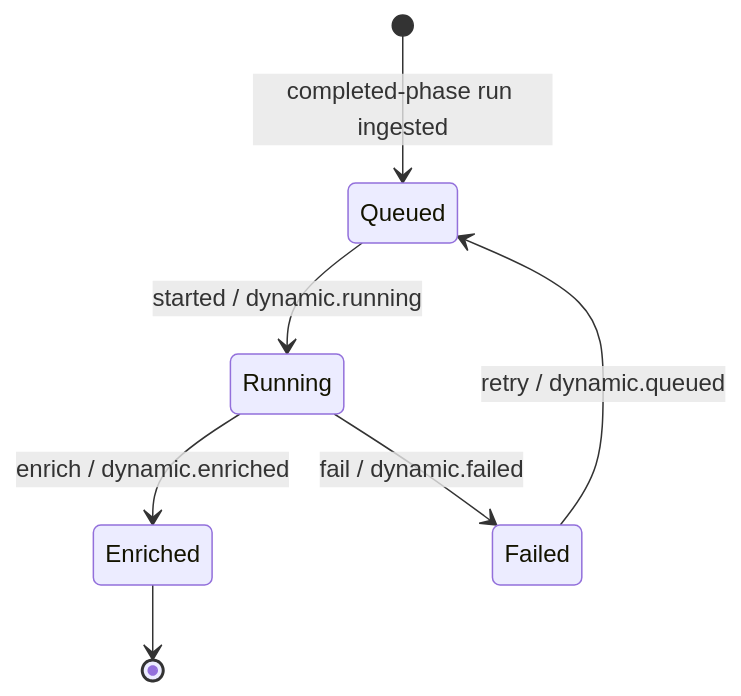
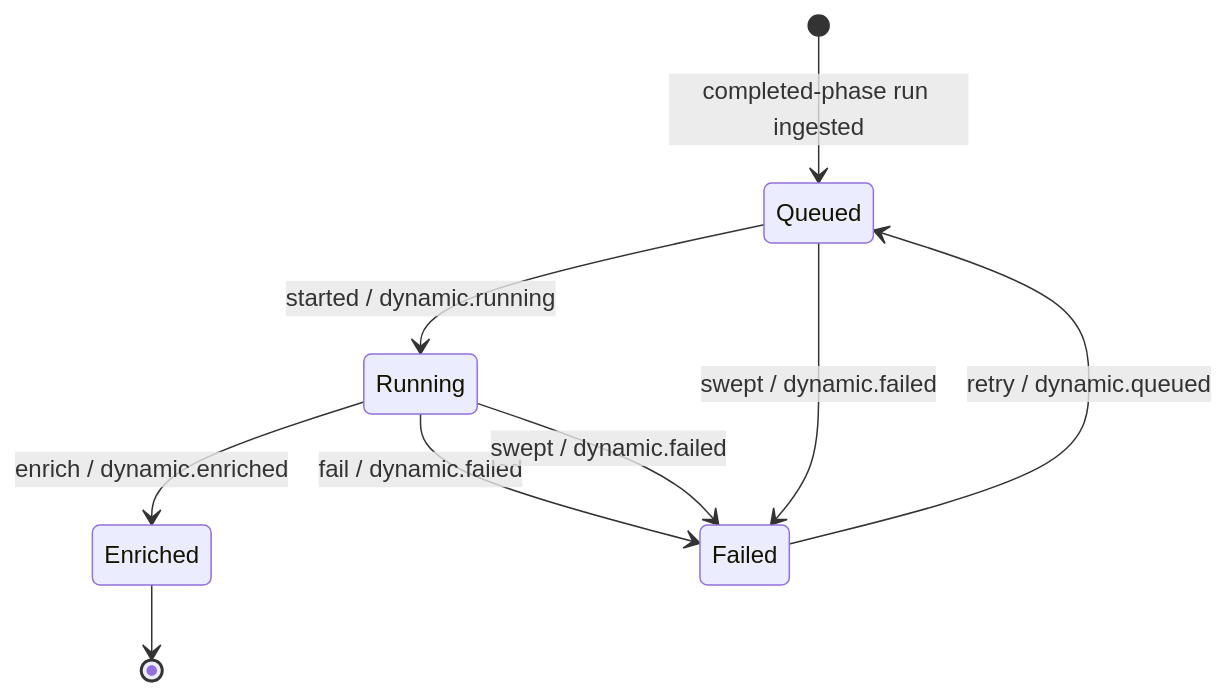
One commit to TheoGoudout/greensecops changed the sixth of 7 diagrams in docs/state-machines.md. Above: the diagram before and after it, drawn with Mermaid. The commit also changed other lines of this file, not shown here.

````diff
--- a/docs/state-machines.md
+++ b/docs/state-machines.md
@@ -414,9 +439,11 @@
 ```mermaid
 stateDiagram-v2
     [*] --> Queued: completed-phase run ingested
     Queued --> Running: started / dynamic.running
     Running --> Enriched: enrich / dynamic.enriched
     Running --> Failed: fail / dynamic.failed
+    Queued --> Failed: swept / dynamic.failed
+    Running --> Failed: swept / dynamic.failed
     Failed --> Queued: retry / dynamic.queued
     Enriched --> [*]
 ```
````
